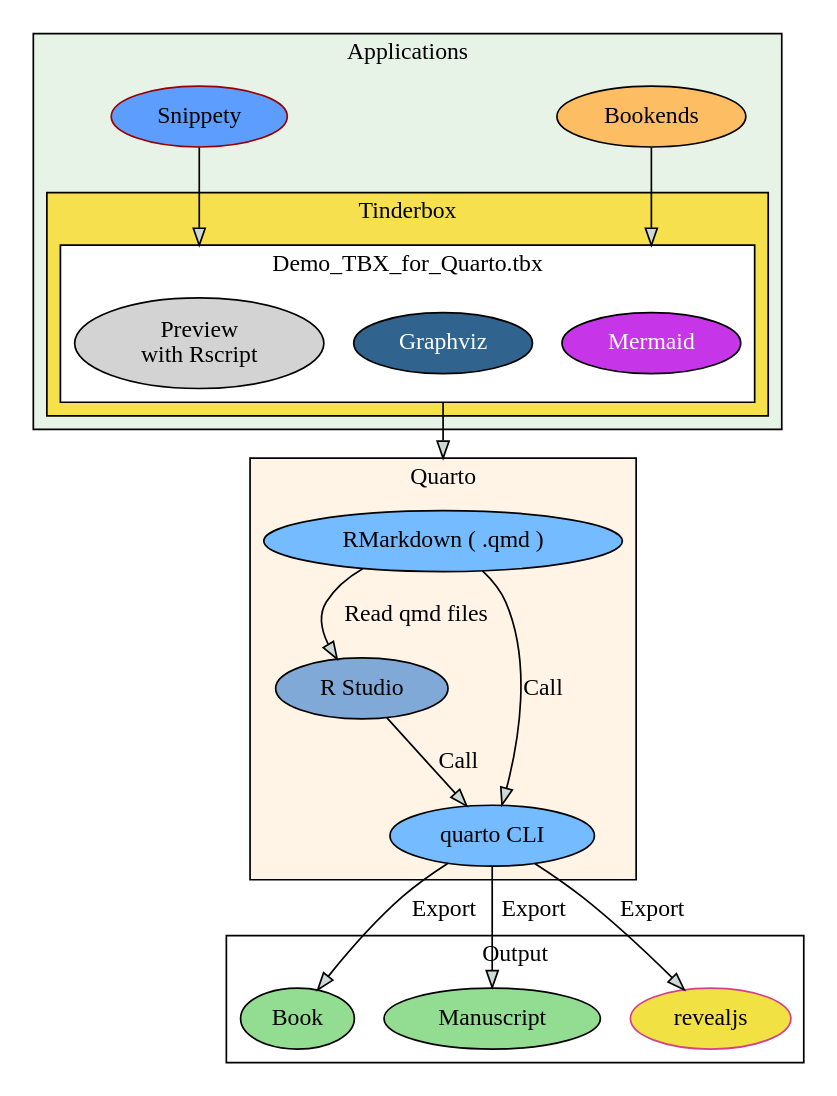
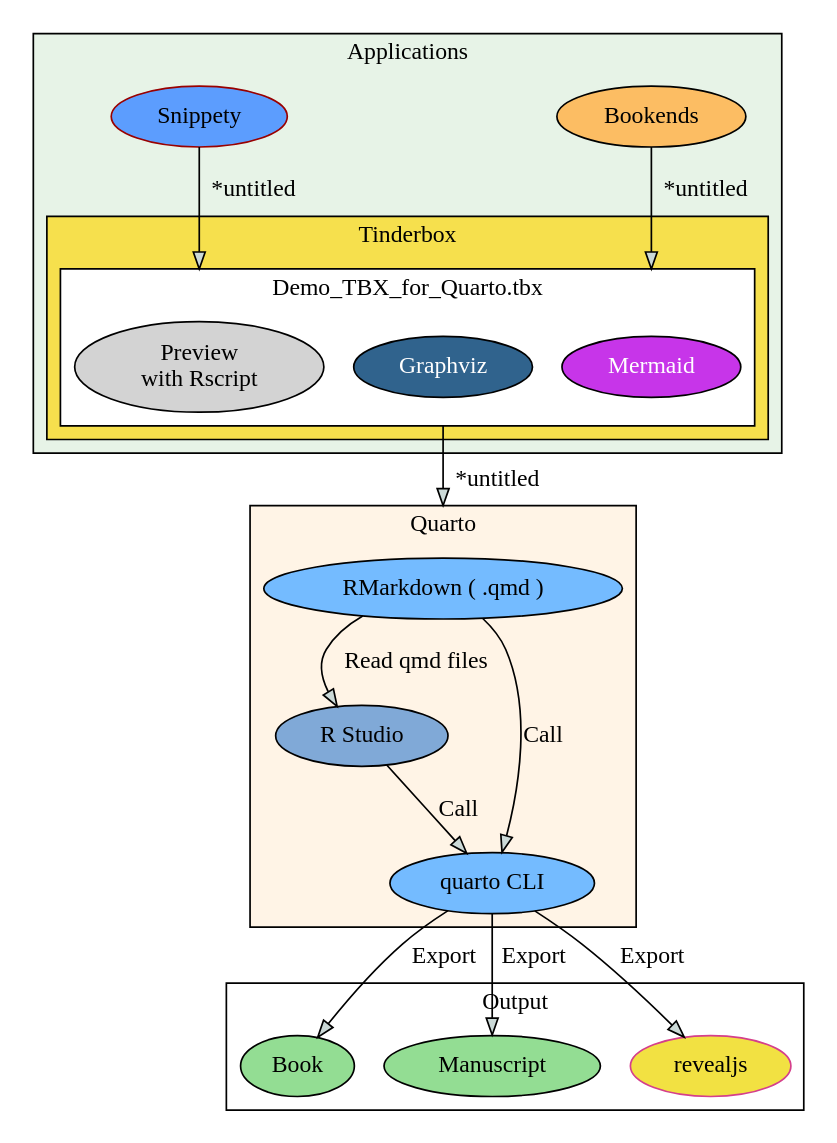
One commit to fryagbye/tinderboxwithquarto changed the diagram in output/index.qmd. Above: the diagram before and after it, drawn with Graphviz. The commit also changed 72 other files, not shown here.

````diff
--- a/output/index.qmd
+++ b/output/index.qmd
@@ -23,7 +23,6 @@
 ```{dot}
 //| label: fig-workflow-graphviz
 //| fig-cap: Tinderbox Work Flow with Quarto. ( Graphviz version )
-//| fig-width: 5
 digraph {
     layout=dot
     compound=true
@@ -96,9 +95,9 @@
 J [ style="filled"  label="Manuscript" color="#000000", penwidth="1", fillcolor="#93dd93", fontcolor="#000000"]
 K [ style="filled"  label="revealjs" color="#d53f8c", penwidth="1", fillcolor="#f2e142", fontcolor="#000000"]
 
-A -> C [fillcolor="#cbd9d7" fontcolor="#000000" lhead = "cluster_C" ltail = "cluster_A" ]
-B -> E [fillcolor="#cbd9d7" fontcolor="#000000" lhead = "cluster_C" ]
-D -> G [fillcolor="#cbd9d7" fontcolor="#000000" lhead = "cluster_D" ltail = "cluster_C" ]
+A -> C [label = "*untitled" fillcolor="#cbd9d7" fontcolor="#000000" lhead = "cluster_C" ltail = "cluster_A" ]
+B -> E [label = "*untitled" fillcolor="#cbd9d7" fontcolor="#000000" lhead = "cluster_C" ]
+D -> G [label = "*untitled" fillcolor="#cbd9d7" fontcolor="#000000" lhead = "cluster_D" ltail = "cluster_C" ]
 F -> H [label = "Call" fillcolor="#cbd9d7" fontcolor="#000000" ]
 G -> F [label = "Read qmd files" fillcolor="#cbd9d7" fontcolor="#000000" ]
 G -> H [label = "Call" fillcolor="#cbd9d7" fontcolor="#000000" ]
````
